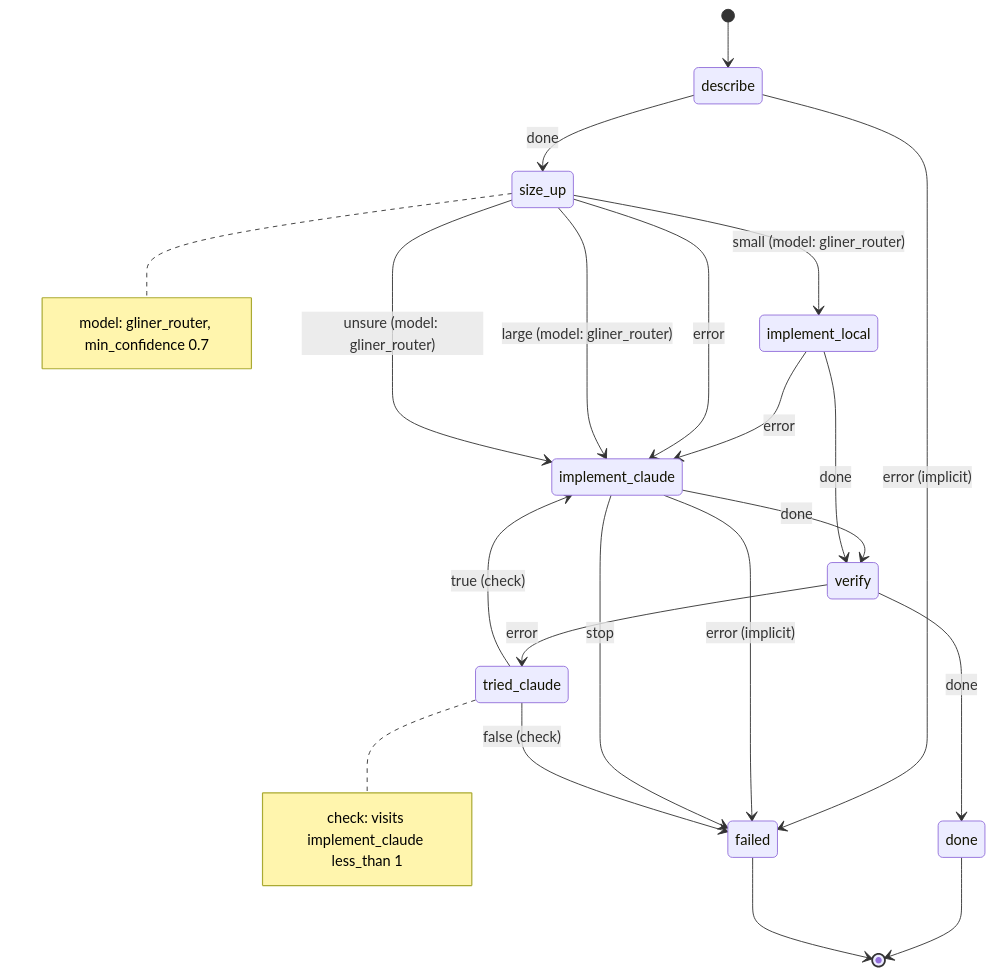
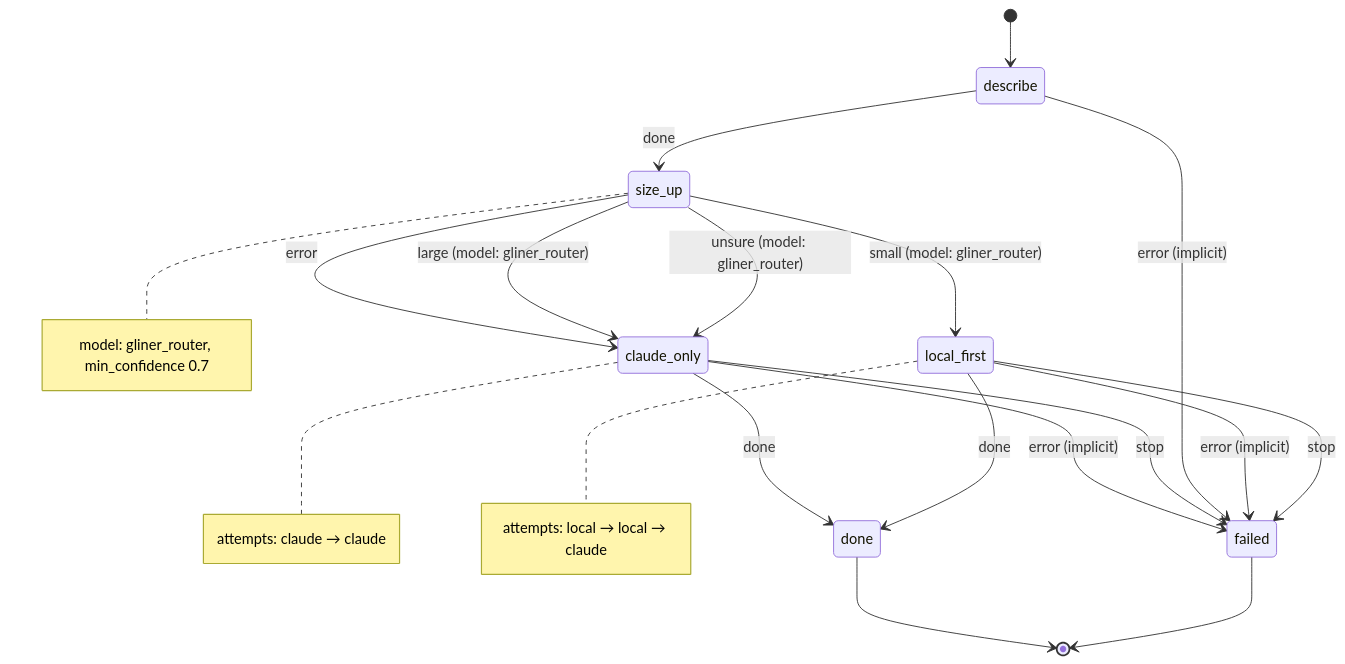
Before and after one commit to jtmckay/decree: the diagram in examples/route-by-complexity/.decree/graph/develop_by_size.md, drawn with Mermaid. The commit also changed other lines of this file and 36 other files, not shown here.

````diff
--- a/examples/route-by-complexity/.decree/graph/develop_by_size.md
+++ b/examples/route-by-complexity/.decree/graph/develop_by_size.md
@@ -7,27 +7,27 @@
 ```mermaid
 stateDiagram-v2
     [*] --> describe
+    claude_only --> done: done
+    claude_only --> failed: error (implicit)
+    claude_only --> failed: stop
     describe --> size_up: done
     describe --> failed: error (implicit)
-    implement_claude --> verify: done
-    implement_claude --> failed: error (implicit)
-    implement_claude --> failed: stop
-    implement_local --> verify: done
-    implement_local --> implement_claude: error
-    size_up --> implement_claude: error
-    size_up --> implement_claude: large (model: gliner_router)
-    size_up --> implement_local: small (model: gliner_router)
-    size_up --> implement_claude: unsure (model: gliner_router)
-    tried_claude --> failed: false (check)
-    tried_claude --> implement_claude: true (check)
-    verify --> done: done
-    verify --> tried_claude: error
+    local_first --> done: done
+    local_first --> failed: error (implicit)
+    local_first --> failed: stop
+    size_up --> claude_only: error
+    size_up --> claude_only: large (model: gliner_router)
+    size_up --> local_first: small (model: gliner_router)
+    size_up --> claude_only: unsure (model: gliner_router)
     done --> [*]
     failed --> [*]
+    note right of claude_only
+        attempts: claude → claude
+    end note
+    note right of local_first
+        attempts: local → local → claude
+    end note
     note right of size_up
         model: gliner_router, min_confidence 0.7
     end note
-    note right of tried_claude
-        check: visits implement_claude less_than 1
-    end note
 ```
````
